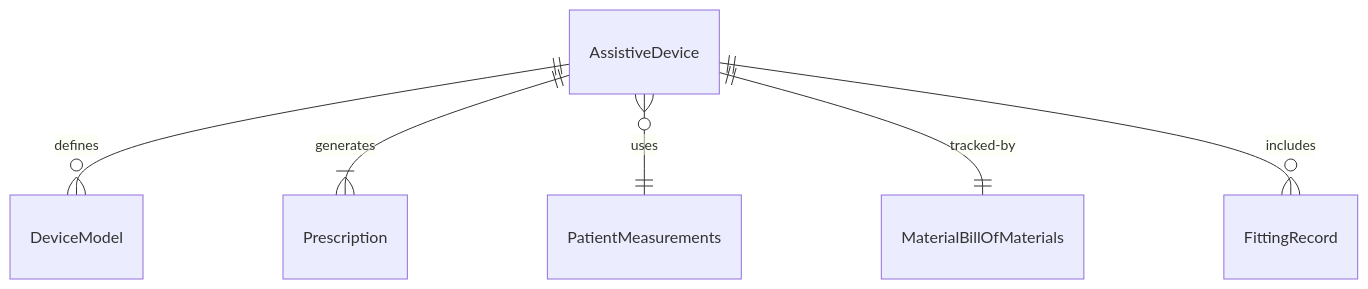
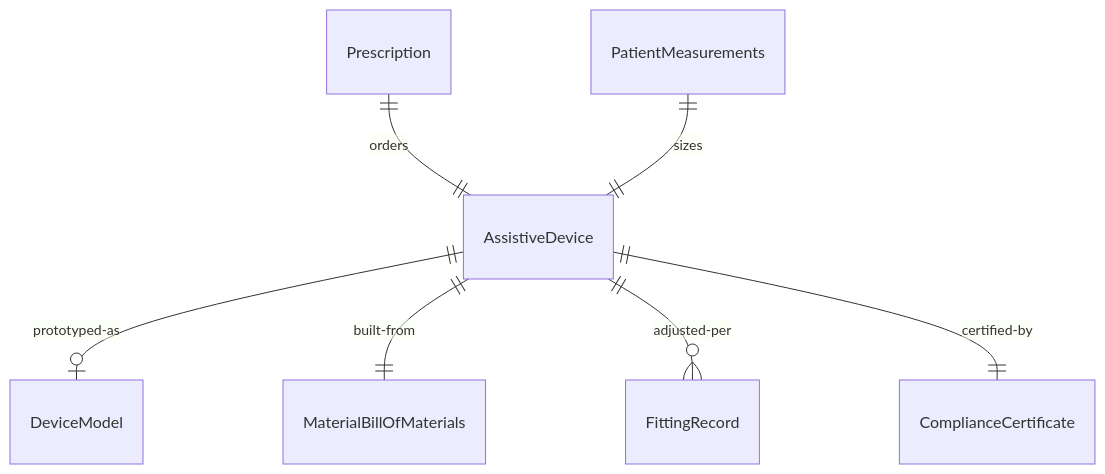
Before and after one commit to dot-org-ai/tasks.org.ai: the first of 4 diagrams in HandlingAndMovingObjects/FabricateMedicalDevices/MakePatient-assistiveDevicesDeviceModels.mdx, drawn with Mermaid. The commit also changed other lines of this file and 515 other files, not shown here.

````diff
--- a/HandlingAndMovingObjects/FabricateMedicalDevices/MakePatient-assistiveDevicesDeviceModels.mdx
+++ b/HandlingAndMovingObjects/FabricateMedicalDevices/MakePatient-assistiveDevicesDeviceModels.mdx
@@ -90,8 +90,9 @@
 ```mermaid
 erDiagram
-    AssistiveDevice ||--o{ DeviceModel : "defines"
-    AssistiveDevice ||--|{ Prescription : "generates"
-    AssistiveDevice }o--|| PatientMeasurements : "uses"
-    AssistiveDevice ||--|| MaterialBillOfMaterials : "tracked-by"
-    AssistiveDevice ||--o{ FittingRecord : "includes"
+    Prescription ||--|| AssistiveDevice : "orders"
+    PatientMeasurements ||--|| AssistiveDevice : "sizes"
+    AssistiveDevice ||--o| DeviceModel : "prototyped-as"
+    AssistiveDevice ||--|| MaterialBillOfMaterials : "built-from"
+    AssistiveDevice ||--o{ FittingRecord : "adjusted-per"
+    AssistiveDevice ||--|| ComplianceCertificate : "certified-by"
 ```
````
